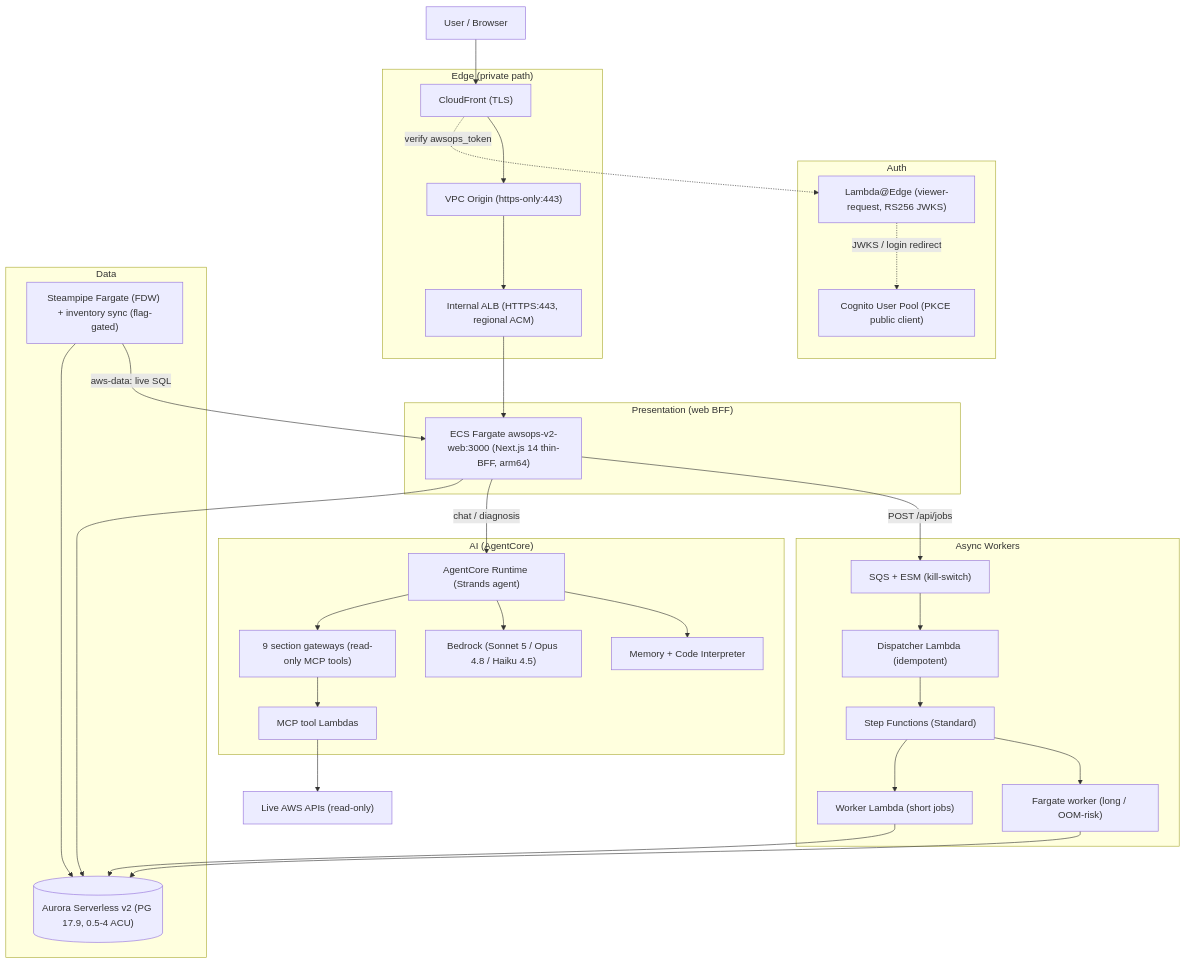
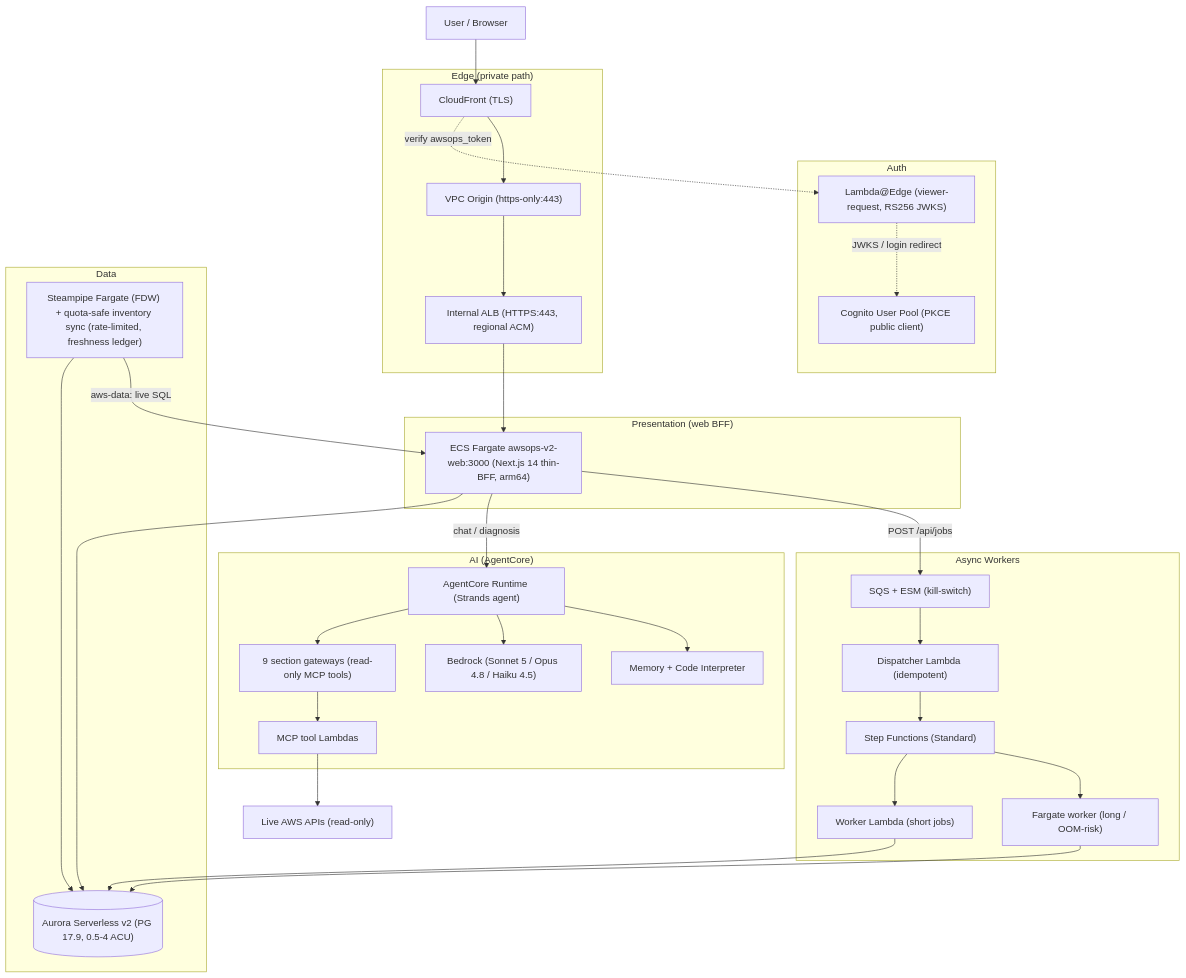
One commit to Atom-oh/awsops changed the first of 4 diagrams in docs/architecture.md. Above: the diagram before and after it, drawn with Mermaid. The commit also changed other lines of this file and 5 other files, not shown here.

First line of the commit message:
docs: reflect ADR-021 quota-safe inventory sync in architecture.md + archify data-flow diagram

````diff
--- a/docs/architecture.md
+++ b/docs/architecture.md
@@ -27,65 +27,65 @@
 ```mermaid
 flowchart TB
   U["User / Browser"]
 
   subgraph AUTH["Auth"]
     LE["Lambda@Edge (viewer-request, RS256 JWKS)"]
     COG["Cognito User Pool (PKCE public client)"]
   end
 
   subgraph EDGE["Edge (private path)"]
     CF["CloudFront (TLS)"]
     VO["VPC Origin (https-only:443)"]
     ALB["Internal ALB (HTTPS:443, regional ACM)"]
   end
 
   subgraph WEB["Presentation (web BFF)"]
     W["ECS Fargate awsops-v2-web:3000 (Next.js 14 thin-BFF, arm64)"]
   end
 
   subgraph DATA["Data"]
     AUR[("Aurora Serverless v2 (PG 17.9, 0.5-4 ACU)")]
-    SP["Steampipe Fargate (FDW) + inventory sync (flag-gated)"]
+    SP["Steampipe Fargate (FDW) + quota-safe inventory sync (rate-limited, freshness ledger)"]
   end
 
   subgraph AI["AI (AgentCore)"]
     RT["AgentCore Runtime (Strands agent)"]
     GW["9 section gateways (read-only MCP tools)"]
     MCP["MCP tool Lambdas"]
     MEM["Memory + Code Interpreter"]
     BR["Bedrock (Sonnet 5 / Opus 4.8 / Haiku 4.5)"]
   end
 
   subgraph WK["Async Workers"]
     SQS["SQS + ESM (kill-switch)"]
     DSP["Dispatcher Lambda (idempotent)"]
     SFN["Step Functions (Standard)"]
     WL["Worker Lambda (short jobs)"]
     WF["Fargate worker (long / OOM-risk)"]
   end
 
   AWSAPI["Live AWS APIs (read-only)"]
 
   U --> CF
   CF -. "verify awsops_token" .-> LE
   LE -. "JWKS / login redirect" .-> COG
   CF --> VO
   VO --> ALB
   ALB --> W
   W --> AUR
   W -->|"chat / diagnosis"| RT
   RT --> GW
   GW --> MCP
   MCP --> AWSAPI
   RT --> BR
   RT --> MEM
   W -->|"POST /api/jobs"| SQS
   SQS --> DSP
   DSP --> SFN
   SFN --> WL
   SFN --> WF
   WL --> AUR
   WF --> AUR
   SP --> AUR
   SP -->|"aws-data: live SQL"| W
 ```
````
